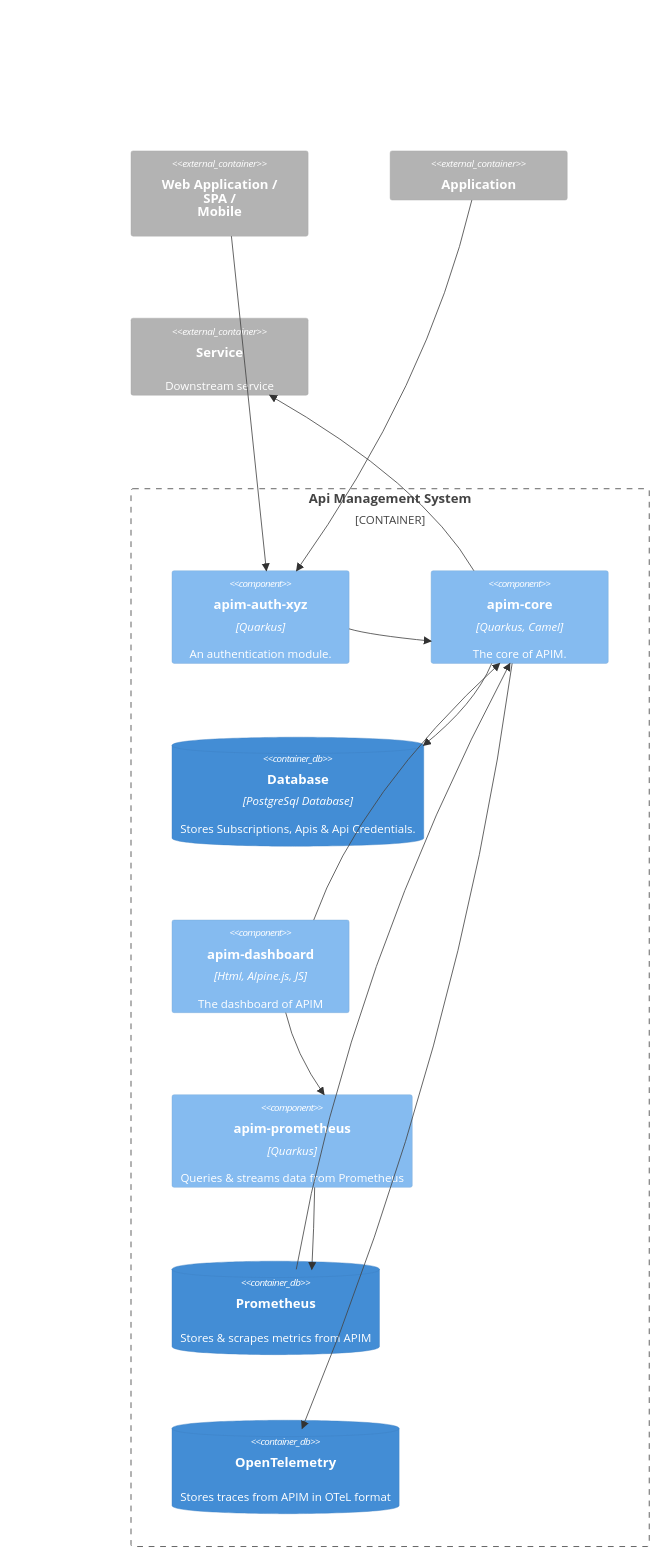
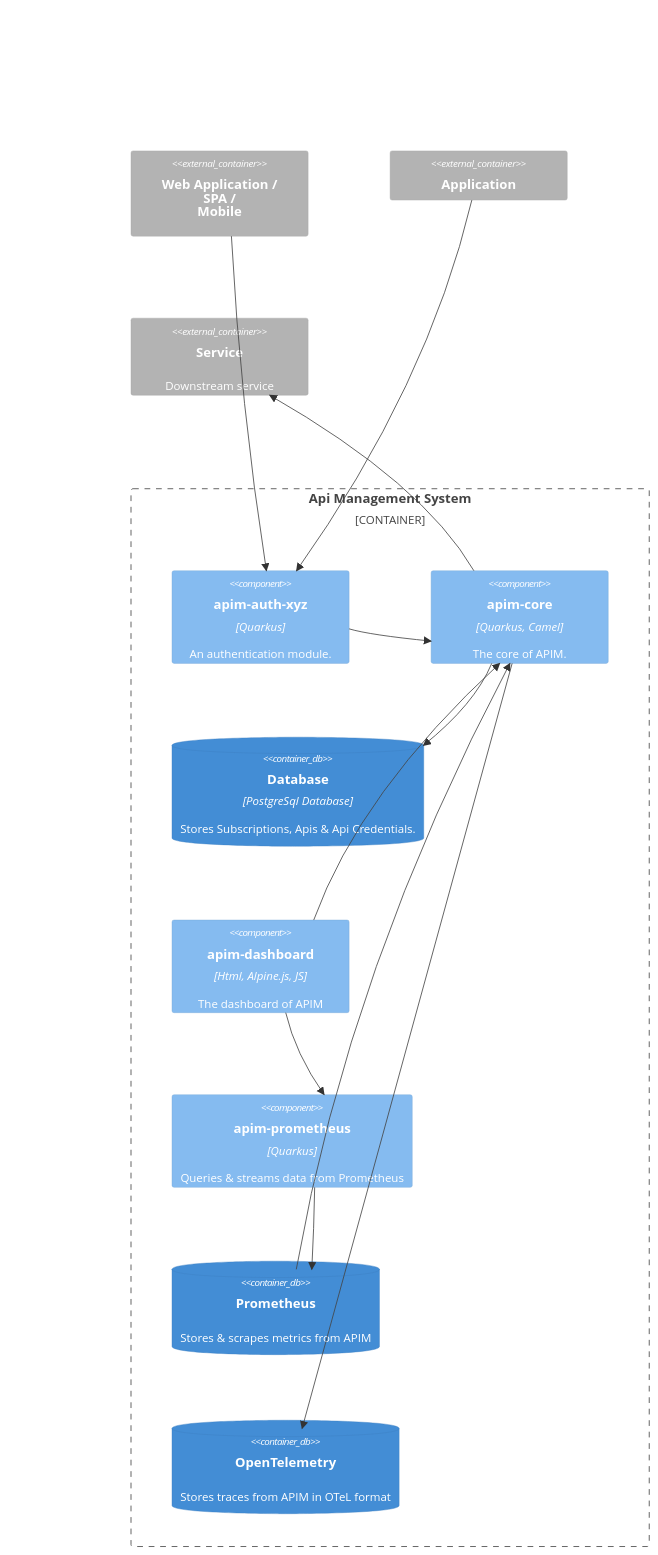
One commit to Serkan80/api-management changed the first of 2 diagrams in README.md. Above: the diagram before and after it, drawn with Mermaid. The commit also changed other lines of this file and 1 other file, not shown here.

````diff
--- a/README.md
+++ b/README.md
@@ -65,30 +65,31 @@
 ```mermaid
         C4Container
   Container_Ext(web_app, "<br/><br/>Web Application /<br/>SPA /<br/>Mobile", "", "")
   Container_Ext(service, "Application", "", "")
   Container_Ext(backend, "Service", "", "Downstream service")
   
   Container_Boundary(c1, "Api Management System") {
     Component(apim-auth, "apim-auth-xyz", "Quarkus", "An authentication module.")
     Component(apim, "apim-core", "Quarkus, Camel", "The core of APIM.")
     ContainerDb(db, "Database", "PostgreSql Database", "Stores Subscriptions, Apis & Api Credentials.")
     Component(dashboard, "apim-dashboard", "Html, Alpine.js, JS", "The dashboard of APIM")
     Component(apim-prom, "apim-prometheus", "Quarkus", "Queries & streams data from Prometheus")
     ContainerDb(prom, "Prometheus", "", "Stores & scrapes metrics from APIM")
     ContainerDb(trace, "OpenTelemetry", "", "Stores traces from APIM in OTeL format")
   }
 
+  Rel(apim, trace, "", "")
   Rel(web_app, apim-auth, "", "")
   Rel(service, apim-auth, "", "")
   Rel(prom, apim, "", "")
-  Rel(apim, trace, "", "")
   Rel(apim-prom, prom, "", "")
   Rel(apim-auth, apim, "", "")
   Rel(apim, db, "", "")
   Rel(dashboard, apim, "", "")
   Rel(dashboard, apim-prom, "", "")
   Rel(apim, backend, "", "")
   
+  
   UpdateRelStyle(dashboard, apim-prom, $textColor="red", $offsetX="0", $offsetY="140")
   UpdateLayoutConfig($c4ShapeInRow="3", $c4BoundaryInRow="1")
 ```
````
